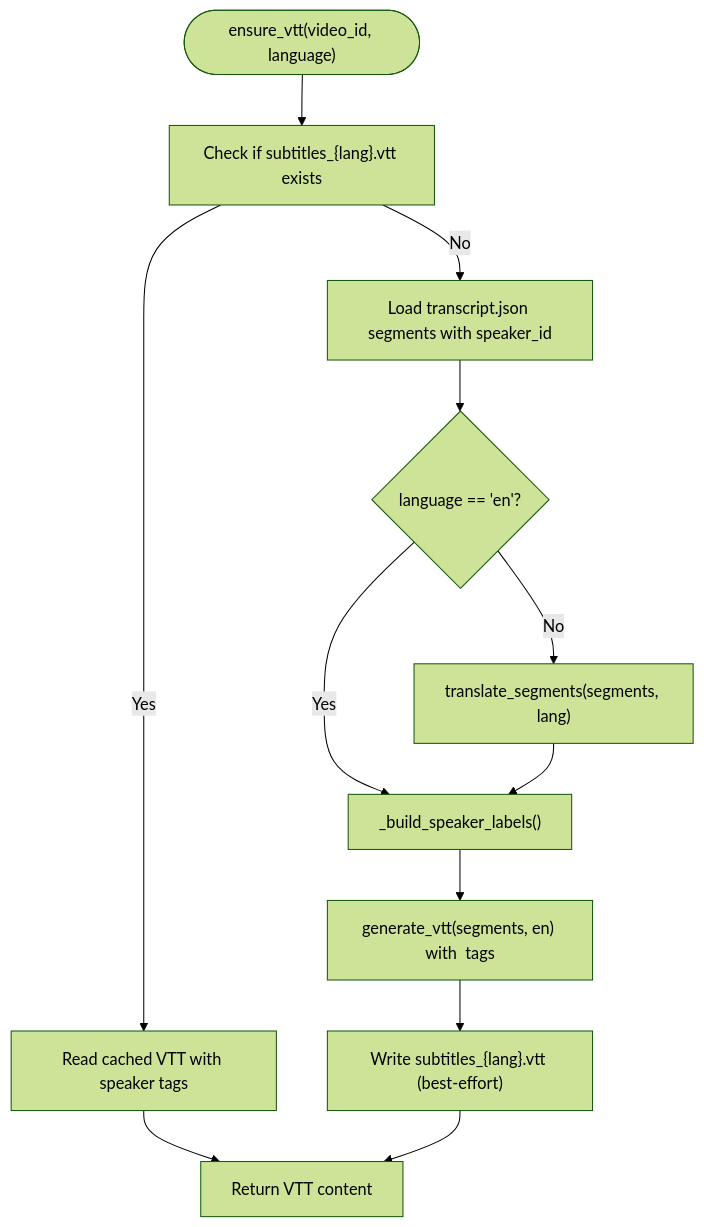
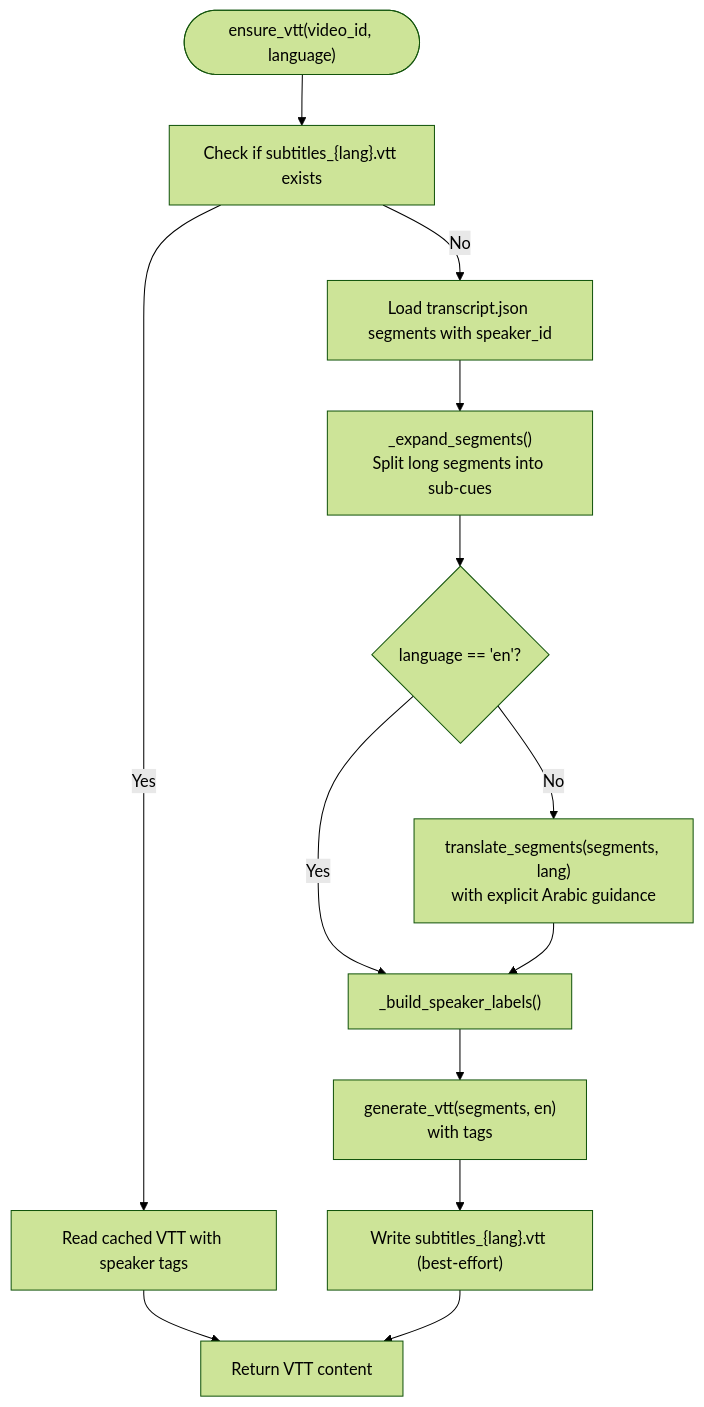
One commit to alexandreybasta-cyber/dubai-media-ai changed the third of 9 diagrams in .qoder/repowiki/en/content/Media Processing Pipeline/Subtitle Generation Module.md. Above: the diagram before and after it, drawn with Mermaid (forest theme). The commit also changed other lines of this file and 8 other files, not shown here.

````diff
--- a/.qoder/repowiki/en/content/Media Processing Pipeline/Subtitle Generation Module.md
+++ b/.qoder/repowiki/en/content/Media Processing Pipeline/Subtitle Generation Module.md
@@ -168,14 +173,15 @@
 ```mermaid
 flowchart TD
 Start(["ensure_vtt(video_id, language)"]) --> CheckCache["Check if subtitles_{lang}.vtt exists"]
 CheckCache --> |Yes| ReadCache["Read cached VTT with speaker tags"]
 ReadCache --> ReturnVTT["Return VTT content"]
 CheckCache --> |No| LoadTranscript["Load transcript.json segments with speaker_id"]
-LoadTranscript --> IsEN{"language == 'en'?"}
+LoadTranscript --> ExpandSegments["_expand_segments()<br/>Split long segments into sub-cues"]
+ExpandSegments --> IsEN{"language == 'en'?"}
 IsEN --> |Yes| BuildLabels["_build_speaker_labels()"]
-BuildLabels --> GenVTT["generate_vtt(segments, en) with <v Speaker N> tags"]
-IsEN --> |No| Translate["translate_segments(segments, lang)"]
+BuildLabels --> GenVTT["generate_vtt(segments, en)<br/>with <v Speaker N> tags"]
+IsEN --> |No| Translate["translate_segments(segments, lang)<br/>with explicit Arabic guidance"]
 Translate --> BuildLabels
 GenVTT --> WriteCache["Write subtitles_{lang}.vtt (best-effort)"]
 WriteCache --> ReturnVTT
 ```
````
